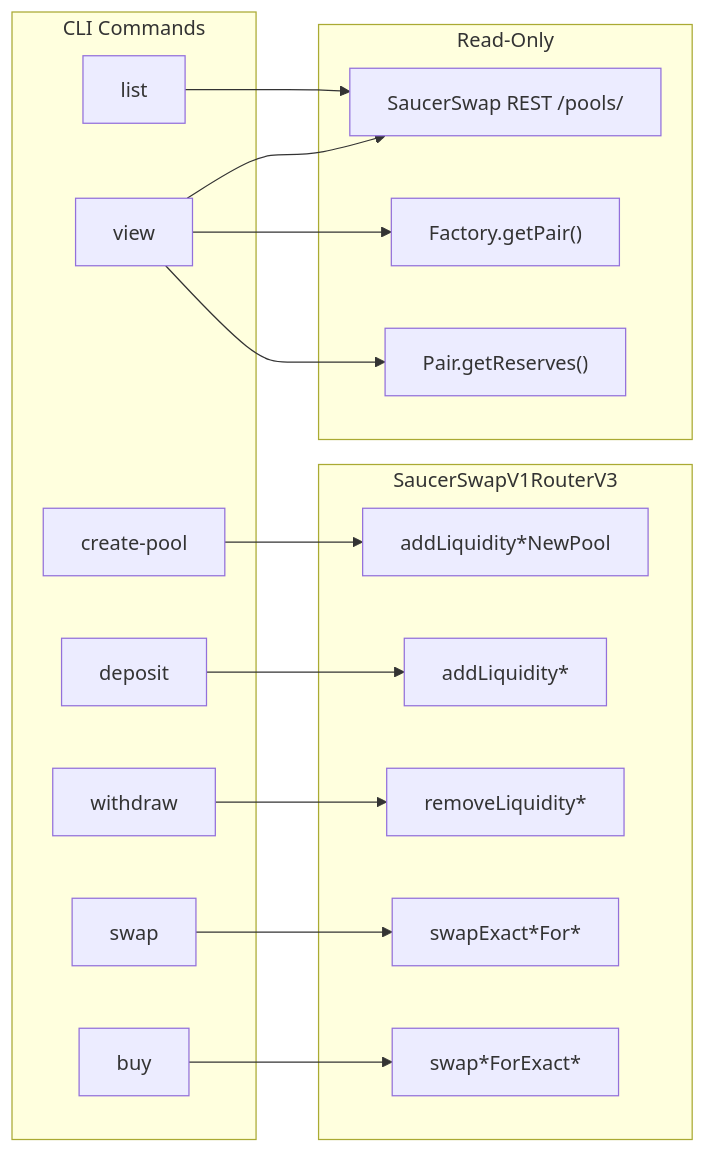
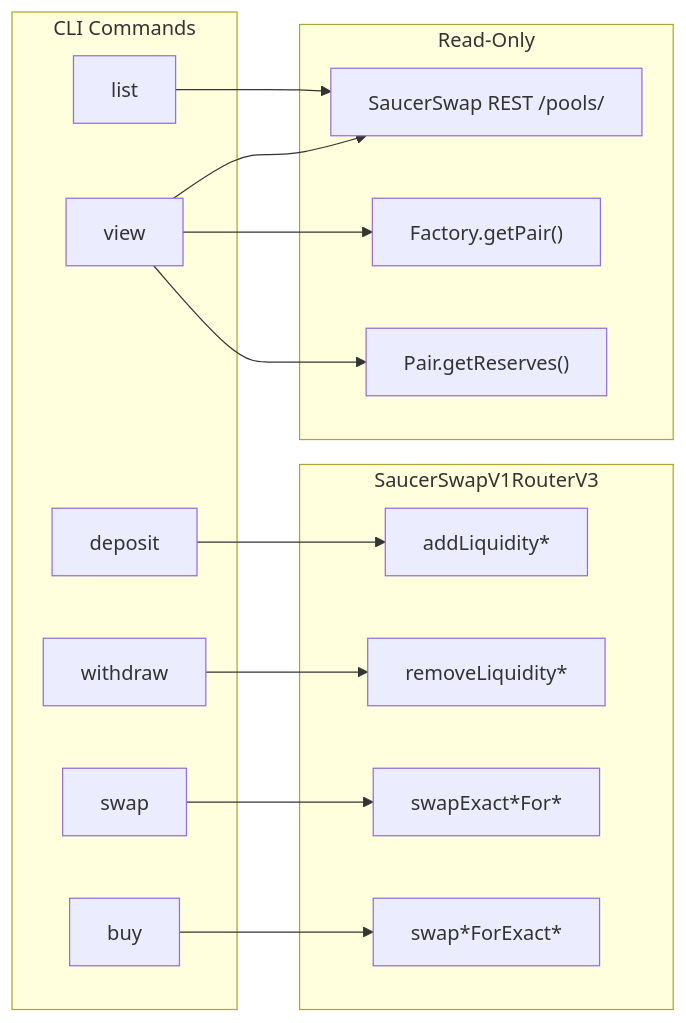
Before and after one commit to hiero-ledger/hiero-cli: the second of 2 diagrams in docs/adr/ADR-013-saucerswap-v1-dex-plugin.md, drawn with Mermaid. The commit also changed other lines of this file and 1 other file, not shown here.

Commit message:
feat(1748): const changes and removed chapter about liquidity creation

````diff
--- a/docs/adr/ADR-013-saucerswap-v1-dex-plugin.md
+++ b/docs/adr/ADR-013-saucerswap-v1-dex-plugin.md
@@ -670,36 +551,33 @@
 ```mermaid
 flowchart LR
   subgraph cli [CLI Commands]
-    CP[create-pool]
     DEP[deposit]
     WD[withdraw]
     SW[swap]
     BUY[buy]
     LIST[list]
     VIEW[view]
   end
 
   subgraph router [SaucerSwapV1RouterV3]
-    ALNP["addLiquidity*NewPool"]
     AL["addLiquidity*"]
     RL["removeLiquidity*"]
     SFT["swapExact*For*"]
     SFE["swap*ForExact*"]
   end
 
   subgraph readonly [Read-Only]
     API["SaucerSwap REST /pools/"]
     GP["Factory.getPair()"]
     GR["Pair.getReserves()"]
   end
 
-  CP --> ALNP
   DEP --> AL
   WD --> RL
   SW --> SFT
   BUY --> SFE
   LIST --> API
   VIEW --> API
   VIEW --> GP
   VIEW --> GR
 ```
````
